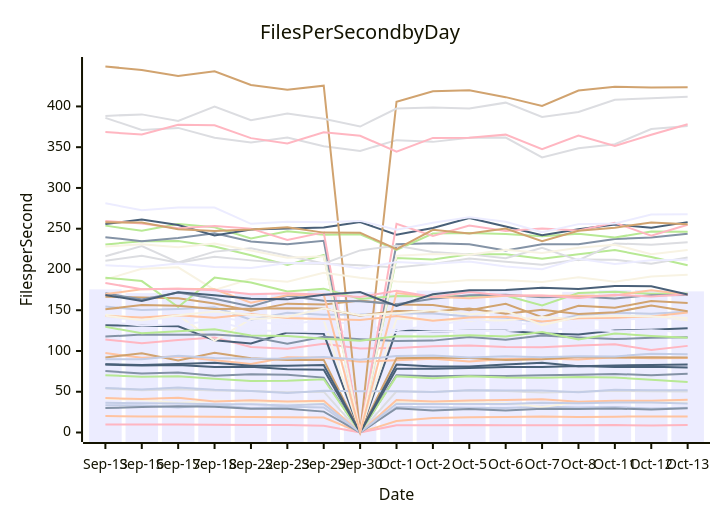
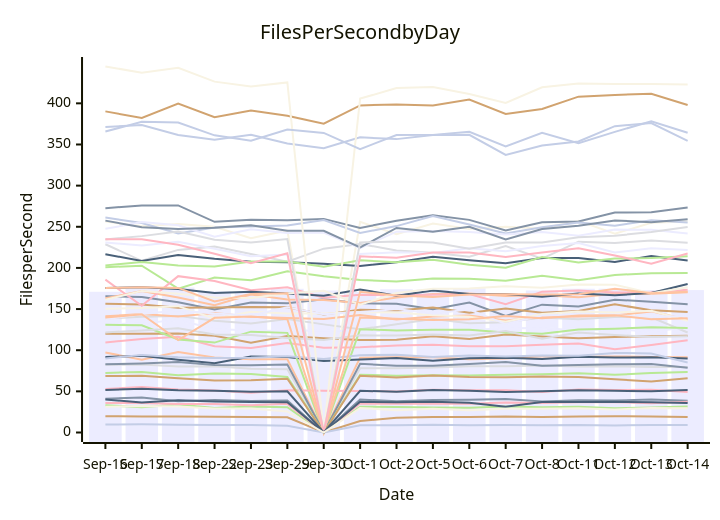
Before and after one commit to streetsidesoftware/cspell: the diagram in perf-report.md, drawn with Mermaid. The commit also changed other lines of this file and 1 other file, not shown here.

````diff
--- a/perf-report.md
+++ b/perf-report.md
@@ -10,56 +10,56 @@
 ```mermaid
 xychart-beta
     title Files Per Second by Day
     y-axis Files per Second
-    x-axis Date [Sep-13, Sep-16, Sep-17, Sep-18, Sep-22, Sep-23, Sep-29, Sep-30, Oct-1, Oct-2, Oct-5, Oct-6, Oct-7, Oct-8, Oct-11, Oct-12, Oct-13]
-    bar [175.56, 170.99, 174.42, 176.15, 171.49, 170.60, 174.68, 172.58, 170.62, 174.06, 173.76, 175.18, 167.77, 172.56, 174.72, 174.80, 173.09]
-    line [75.30, 72.34, 73.59, 69.54, 71.59, 70.97, 67.35, 0.00, 70.29, 68.90, 69.72, 69.41, 70.25, 70.73, 71.85, 70.24, 72.17]
-    line [20.10, 19.75, 19.58, 19.44, 18.99, 18.71, 18.44, 0.00, 13.99, 17.93, 18.69, 18.90, 19.50, 18.93, 19.44, 19.72, 19.51]
-    line [54.12, 51.77, 53.09, 51.40, 50.85, 49.44, 50.07, 0.00, 50.63, 49.63, 51.74, 50.84, 49.20, 50.07, 51.24, 50.63, 50.15]
-    line [230.62, 234.72, 234.92, 228.04, 217.32, 205.66, 217.69, 0.00, 214.10, 212.26, 218.65, 218.73, 213.23, 218.63, 223.89, 215.19, 205.22]
-    line [166.56, 165.69, 164.68, 158.25, 149.51, 158.09, 156.96, 161.98, 156.93, 156.41, 149.87, 157.99, 141.60, 155.38, 153.06, 161.38, 158.74]
-    line [154.46, 150.27, 151.44, 153.53, 138.23, 146.78, 144.54, 144.66, 146.29, 145.95, 142.41, 140.78, 134.58, 143.93, 146.90, 145.68, 147.98]
-    line [114.04, 109.51, 113.51, 116.46, 104.81, 102.79, 108.89, 103.13, 103.52, 105.79, 106.73, 104.92, 104.71, 106.75, 108.13, 101.27, 106.27]
-    line [131.63, 130.97, 130.22, 113.06, 109.25, 122.56, 121.09, 0.00, 125.59, 123.97, 124.90, 124.88, 121.42, 120.13, 125.23, 126.18, 127.75]
-    line [144.41, 139.70, 143.74, 112.39, 139.33, 141.10, 137.72, 0.00, 139.61, 138.23, 136.68, 137.77, 141.66, 138.90, 142.32, 142.51, 137.71]
-    line [140.59, 138.57, 140.62, 141.72, 135.93, 132.42, 137.90, 131.39, 125.40, 131.62, 137.96, 132.77, 133.94, 139.73, 137.65, 140.36, 140.00]
-    line [239.64, 234.60, 238.64, 244.36, 234.31, 230.98, 235.16, 0.00, 230.90, 232.18, 230.80, 223.37, 230.96, 230.80, 237.38, 239.08, 243.71]
-    line [97.52, 91.70, 93.14, 88.50, 84.12, 92.41, 91.76, 86.84, 88.64, 90.41, 87.11, 90.10, 90.92, 89.47, 92.20, 91.07, 91.35]
-    line [385.92, 371.23, 373.66, 361.57, 355.78, 361.81, 351.17, 345.43, 358.65, 356.52, 361.50, 361.77, 337.36, 348.77, 353.66, 372.23, 376.04]
-    line [253.77, 247.48, 255.65, 251.83, 237.98, 246.89, 242.54, 243.09, 224.03, 244.08, 244.73, 243.65, 240.74, 243.74, 239.12, 246.59, 246.26]
-    line [91.96, 97.25, 88.47, 97.89, 91.06, 89.08, 89.06, 0.00, 90.96, 91.55, 91.45, 89.01, 89.93, 92.54, 91.94, 92.43, 91.86]
-    line [33.48, 33.18, 30.65, 34.02, 29.87, 31.63, 30.68, 0.00, 31.32, 30.89, 30.33, 30.00, 31.45, 30.76, 31.21, 29.46, 30.45]
-    line [9.67, 9.68, 9.92, 9.37, 9.23, 9.26, 8.29, 0.00, 8.90, 8.75, 9.30, 8.76, 9.01, 8.84, 9.20, 8.48, 9.17]
-    line [255.75, 261.30, 254.48, 241.79, 249.14, 250.28, 251.57, 258.18, 242.58, 250.83, 263.10, 252.70, 241.96, 249.38, 255.08, 251.27, 258.06]
-    line [41.26, 40.08, 36.34, 39.18, 37.74, 37.18, 36.89, 0.00, 37.27, 36.89, 37.25, 36.15, 31.44, 37.05, 36.96, 37.36, 36.75]
-    line [136.08, 131.30, 132.64, 136.81, 125.88, 123.97, 123.26, 124.35, 122.36, 124.05, 124.82, 124.36, 126.90, 126.65, 124.16, 125.33, 122.83]
-    line [117.69, 120.09, 120.05, 120.31, 117.43, 109.01, 117.33, 114.51, 112.29, 112.71, 117.07, 113.67, 118.94, 116.57, 114.56, 116.10, 116.86]
-    line [42.24, 41.01, 42.53, 38.05, 39.43, 38.14, 38.94, 0.00, 39.96, 38.12, 39.36, 39.89, 40.71, 37.67, 39.08, 38.81, 40.21]
-    line [210.80, 216.66, 208.33, 215.69, 211.15, 207.60, 206.93, 205.06, 202.44, 206.85, 213.52, 209.33, 205.65, 212.19, 211.98, 207.11, 214.60]
-    line [70.27, 68.51, 69.01, 65.91, 63.15, 63.41, 65.35, 0.00, 69.02, 66.69, 69.13, 67.47, 67.16, 68.00, 67.55, 64.68, 61.84]
-    line [448.98, 444.77, 437.29, 443.15, 426.39, 420.42, 425.42, 0.00, 405.76, 418.50, 419.89, 411.38, 400.59, 419.52, 424.04, 423.37, 423.41]
-    line [54.54, 52.86, 55.21, 52.35, 50.94, 48.45, 51.30, 50.59, 50.58, 49.72, 51.81, 51.47, 51.46, 49.27, 52.29, 51.68, 51.92]
-    line [259.52, 256.30, 250.62, 253.31, 250.10, 236.21, 245.48, 0.00, 255.93, 241.02, 253.94, 247.24, 250.16, 247.84, 257.30, 241.45, 254.85]
-    line [83.34, 82.19, 82.78, 80.29, 80.65, 77.47, 76.93, 0.00, 78.07, 78.18, 79.10, 80.49, 80.39, 81.56, 80.21, 80.63, 79.72]
-    line [187.59, 200.94, 202.64, 174.86, 188.42, 184.98, 195.97, 189.74, 185.35, 183.52, 187.14, 186.91, 184.49, 190.34, 184.90, 191.40, 193.56]
-    line [281.31, 272.54, 275.91, 275.97, 256.03, 258.54, 258.01, 259.58, 248.67, 257.34, 264.03, 258.40, 245.57, 255.62, 256.53, 267.31, 267.66]
-    line [29.93, 31.17, 32.23, 31.60, 29.23, 29.18, 25.62, 0.00, 29.72, 27.11, 28.75, 26.92, 29.01, 28.90, 29.46, 28.10, 29.78]
-    line [142.95, 141.14, 143.95, 140.92, 145.29, 140.59, 139.11, 138.01, 142.88, 137.23, 141.05, 142.08, 136.09, 140.30, 140.84, 142.21, 147.18]
-    line [216.25, 228.77, 208.66, 221.89, 226.09, 216.90, 207.46, 223.39, 229.16, 221.30, 218.51, 213.71, 226.50, 211.28, 231.85, 230.37, 233.32]
-    line [189.95, 185.74, 153.97, 189.99, 184.11, 172.95, 176.46, 163.78, 167.39, 166.94, 167.31, 168.16, 155.92, 171.13, 172.58, 170.12, 170.46]
-    line [151.06, 156.36, 155.63, 151.63, 151.94, 152.50, 152.06, 143.32, 149.19, 148.32, 152.02, 145.55, 150.72, 145.51, 147.65, 155.73, 148.69]
-    line [36.42, 35.98, 35.70, 34.54, 34.55, 33.11, 34.81, 0.00, 35.17, 34.81, 34.91, 35.03, 36.57, 35.78, 36.79, 36.72, 35.66]
-    line [368.52, 365.71, 377.56, 376.77, 361.09, 354.59, 368.19, 364.07, 344.36, 361.41, 361.68, 365.40, 347.49, 364.22, 351.61, 365.32, 378.13]
-    line [83.78, 82.79, 83.96, 85.57, 82.01, 81.81, 82.67, 0.00, 83.49, 80.99, 81.07, 83.35, 85.60, 81.23, 82.10, 82.91, 83.29]
-    line [228.09, 230.87, 227.16, 231.88, 223.22, 214.31, 216.24, 0.00, 216.91, 219.11, 218.12, 224.03, 220.33, 226.62, 230.28, 218.75, 223.84]
-    line [205.22, 203.09, 207.23, 202.88, 201.82, 207.79, 207.90, 201.29, 209.19, 206.95, 209.81, 203.73, 200.20, 213.26, 206.70, 211.33, 212.01]
-    line [170.88, 163.08, 171.82, 163.97, 154.58, 167.67, 161.60, 161.14, 157.44, 164.03, 168.37, 169.06, 165.80, 166.84, 164.39, 168.52, 168.53]
-    line [169.76, 175.73, 176.36, 175.75, 159.14, 168.41, 169.31, 0.00, 170.99, 166.63, 164.65, 167.66, 167.88, 167.80, 168.10, 174.64, 169.36]
-    line [388.38, 390.24, 382.26, 399.81, 383.04, 391.20, 384.82, 375.34, 397.41, 398.74, 397.51, 404.63, 387.08, 393.22, 408.11, 410.12, 411.75]
-    line [129.64, 121.66, 124.08, 126.72, 119.08, 118.45, 114.87, 112.49, 118.05, 117.81, 119.24, 117.86, 123.32, 114.00, 121.45, 118.50, 116.19]
-    line [257.78, 257.49, 249.43, 247.25, 248.88, 251.75, 245.20, 245.06, 224.85, 248.59, 243.98, 250.11, 234.68, 247.40, 251.29, 257.74, 255.41]
-    line [89.85, 89.86, 94.27, 91.54, 90.45, 90.71, 92.55, 89.39, 93.96, 94.53, 91.86, 93.63, 92.24, 93.65, 93.28, 96.70, 96.06]
-    line [183.51, 175.60, 176.44, 174.39, 169.65, 170.91, 168.95, 166.28, 173.86, 166.13, 172.49, 168.21, 168.21, 165.09, 168.91, 166.70, 169.55]
-    line [168.68, 161.23, 172.09, 168.48, 164.20, 163.31, 169.03, 172.29, 155.24, 169.60, 174.57, 174.90, 177.64, 175.96, 179.86, 179.47, 169.37]
-    line [143.19, 137.67, 143.95, 148.30, 144.49, 142.14, 152.04, 143.84, 146.29, 149.93, 144.74, 149.38, 131.76, 142.06, 143.05, 142.42, 140.40]
+    x-axis Date [Sep-16, Sep-17, Sep-18, Sep-22, Sep-23, Sep-29, Sep-30, Oct-1, Oct-2, Oct-5, Oct-6, Oct-7, Oct-8, Oct-11, Oct-12, Oct-13, Oct-14]
+    bar [170.99, 174.42, 176.15, 171.49, 170.60, 174.68, 172.58, 170.62, 174.06, 173.76, 175.18, 167.77, 172.56, 174.72, 174.80, 173.09, 173.07]
+    line [165.69, 164.68, 158.25, 149.51, 158.09, 156.96, 161.98, 156.93, 156.41, 149.87, 157.99, 141.60, 155.38, 153.06, 161.38, 158.74, 155.97]
+    line [97.25, 88.47, 97.89, 91.06, 89.08, 89.06, 0.00, 90.96, 91.55, 91.45, 89.01, 89.93, 92.54, 91.94, 92.43, 91.86, 91.43]
+    line [138.57, 140.62, 141.72, 135.93, 132.42, 137.90, 131.39, 125.40, 131.62, 137.96, 132.77, 133.94, 139.73, 137.65, 140.36, 140.00, 121.49]
+    line [200.94, 202.64, 174.86, 188.42, 184.98, 195.97, 189.74, 185.35, 183.52, 187.14, 186.91, 184.49, 190.34, 184.90, 191.40, 193.56, 193.91]
+    line [120.09, 120.05, 120.31, 117.43, 109.01, 117.33, 114.51, 112.29, 112.71, 117.07, 113.67, 118.94, 116.57, 114.56, 116.10, 116.86, 117.70]
+    line [371.23, 373.66, 361.57, 355.78, 361.81, 351.17, 345.43, 358.65, 356.52, 361.50, 361.77, 337.36, 348.77, 353.66, 372.23, 376.04, 354.51]
+    line [109.51, 113.51, 116.46, 104.81, 102.79, 108.89, 103.13, 103.52, 105.79, 106.73, 104.92, 104.71, 106.75, 108.13, 101.27, 106.27, 112.19]
+    line [91.70, 93.14, 88.50, 84.12, 92.41, 91.76, 86.84, 88.64, 90.41, 87.11, 90.10, 90.92, 89.47, 92.20, 91.07, 91.35, 89.78]
+    line [256.30, 250.62, 253.31, 250.10, 236.21, 245.48, 0.00, 255.93, 241.02, 253.94, 247.24, 250.16, 247.84, 257.30, 241.45, 254.85, 256.56]
+    line [131.30, 132.64, 136.81, 125.88, 123.97, 123.26, 124.35, 122.36, 124.05, 124.82, 124.36, 126.90, 126.65, 124.16, 125.33, 122.83, 127.53]
+    line [272.54, 275.91, 275.97, 256.03, 258.54, 258.01, 259.58, 248.67, 257.34, 264.03, 258.40, 245.57, 255.62, 256.53, 267.31, 267.66, 273.39]
+    line [141.14, 143.95, 140.92, 145.29, 140.59, 139.11, 138.01, 142.88, 137.23, 141.05, 142.08, 136.09, 140.30, 140.84, 142.21, 147.18, 137.06]
+    line [228.77, 208.66, 221.89, 226.09, 216.90, 207.46, 223.39, 229.16, 221.30, 218.51, 213.71, 226.50, 211.28, 231.85, 230.37, 233.32, 230.64]
+    line [130.97, 130.22, 113.06, 109.25, 122.56, 121.09, 0.00, 125.59, 123.97, 124.90, 124.88, 121.42, 120.13, 125.23, 126.18, 127.75, 126.92]
+    line [156.36, 155.63, 151.63, 151.94, 152.50, 152.06, 143.32, 149.19, 148.32, 152.02, 145.55, 150.72, 145.51, 147.65, 155.73, 148.69, 146.37]
+    line [261.30, 254.48, 241.79, 249.14, 250.28, 251.57, 258.18, 242.58, 250.83, 263.10, 252.70, 241.96, 249.38, 255.08, 251.27, 258.06, 255.05]
+    line [52.86, 55.21, 52.35, 50.94, 48.45, 51.30, 50.59, 50.58, 49.72, 51.81, 51.47, 51.46, 49.27, 52.29, 51.68, 51.92, 49.16]
+    line [216.66, 208.33, 215.69, 211.15, 207.60, 206.93, 205.06, 202.44, 206.85, 213.52, 209.33, 205.65, 212.19, 211.98, 207.11, 214.60, 209.10]
+    line [150.27, 151.44, 153.53, 138.23, 146.78, 144.54, 144.66, 146.29, 145.95, 142.41, 140.78, 134.58, 143.93, 146.90, 145.68, 147.98, 135.81]
+    line [247.48, 255.65, 251.83, 237.98, 246.89, 242.54, 243.09, 224.03, 244.08, 244.73, 243.65, 240.74, 243.74, 239.12, 246.59, 246.26, 241.93]
+    line [257.49, 249.43, 247.25, 248.88, 251.75, 245.20, 245.06, 224.85, 248.59, 243.98, 250.11, 234.68, 247.40, 251.29, 257.74, 255.41, 259.28]
+    line [163.08, 171.82, 163.97, 154.58, 167.67, 161.60, 161.14, 157.44, 164.03, 168.37, 169.06, 165.80, 166.84, 164.39, 168.52, 168.53, 170.44]
+    line [121.66, 124.08, 126.72, 119.08, 118.45, 114.87, 112.49, 118.05, 117.81, 119.24, 117.86, 123.32, 114.00, 121.45, 118.50, 116.19, 116.94]
+    line [203.09, 207.23, 202.88, 201.82, 207.79, 207.90, 201.29, 209.19, 206.95, 209.81, 203.73, 200.20, 213.26, 206.70, 211.33, 212.01, 214.13]
+    line [390.24, 382.26, 399.81, 383.04, 391.20, 384.82, 375.34, 397.41, 398.74, 397.51, 404.63, 387.08, 393.22, 408.11, 410.12, 411.75, 397.97]
+    line [89.86, 94.27, 91.54, 90.45, 90.71, 92.55, 89.39, 93.96, 94.53, 91.86, 93.63, 92.24, 93.65, 93.28, 96.70, 96.06, 84.96]
+    line [185.74, 153.97, 189.99, 184.11, 172.95, 176.46, 163.78, 167.39, 166.94, 167.31, 168.16, 155.92, 171.13, 172.58, 170.12, 170.46, 173.33]
+    line [175.60, 176.44, 174.39, 169.65, 170.91, 168.95, 166.28, 173.86, 166.13, 172.49, 168.21, 168.21, 165.09, 168.91, 166.70, 169.55, 180.50]
+    line [161.23, 172.09, 168.48, 164.20, 163.31, 169.03, 172.29, 155.24, 169.60, 174.57, 174.90, 177.64, 175.96, 179.86, 179.47, 169.37, 176.48]
+    line [137.67, 143.95, 148.30, 144.49, 142.14, 152.04, 143.84, 146.29, 149.93, 144.74, 149.38, 131.76, 142.06, 143.05, 142.42, 140.40, 141.50]
+    line [41.01, 42.53, 38.05, 39.43, 38.14, 38.94, 0.00, 39.96, 38.12, 39.36, 39.89, 40.71, 37.67, 39.08, 38.81, 40.21, 38.53]
+    line [139.70, 143.74, 112.39, 139.33, 141.10, 137.72, 0.00, 139.61, 138.23, 136.68, 137.77, 141.66, 138.90, 142.32, 142.51, 137.71, 138.73]
+    line [82.19, 82.78, 80.29, 80.65, 77.47, 76.93, 0.00, 78.07, 78.18, 79.10, 80.49, 80.39, 81.56, 80.21, 80.63, 79.72, 79.60]
+    line [33.18, 30.65, 34.02, 29.87, 31.63, 30.68, 0.00, 31.32, 30.89, 30.33, 30.00, 31.45, 30.76, 31.21, 29.46, 30.45, 31.71]
+    line [19.75, 19.58, 19.44, 18.99, 18.71, 18.44, 0.00, 13.99, 17.93, 18.69, 18.90, 19.50, 18.93, 19.44, 19.72, 19.51, 18.96]
+    line [9.68, 9.92, 9.37, 9.23, 9.26, 8.29, 0.00, 8.90, 8.75, 9.30, 8.76, 9.01, 8.84, 9.20, 8.48, 9.17, 9.20]
+    line [35.98, 35.70, 34.54, 34.55, 33.11, 34.81, 0.00, 35.17, 34.81, 34.91, 35.03, 36.57, 35.78, 36.79, 36.72, 35.66, 37.22]
+    line [40.08, 36.34, 39.18, 37.74, 37.18, 36.89, 0.00, 37.27, 36.89, 37.25, 36.15, 31.44, 37.05, 36.96, 37.36, 36.75, 35.81]
+    line [444.77, 437.29, 443.15, 426.39, 420.42, 425.42, 0.00, 405.76, 418.50, 419.89, 411.38, 400.59, 419.52, 424.04, 423.37, 423.41, 422.78]
+    line [230.87, 227.16, 231.88, 223.22, 214.31, 216.24, 0.00, 216.91, 219.11, 218.12, 224.03, 220.33, 226.62, 230.28, 218.75, 223.84, 221.67]
+    line [82.79, 83.96, 85.57, 82.01, 81.81, 82.67, 0.00, 83.49, 80.99, 81.07, 83.35, 85.60, 81.23, 82.10, 82.91, 83.29, 78.77]
+    line [175.73, 176.36, 175.75, 159.14, 168.41, 169.31, 0.00, 170.99, 166.63, 164.65, 167.66, 167.88, 167.80, 168.10, 174.64, 169.36, 171.06]
+    line [234.60, 238.64, 244.36, 234.31, 230.98, 235.16, 0.00, 230.90, 232.18, 230.80, 223.37, 230.96, 230.80, 237.38, 239.08, 243.71, 249.75]
+    line [72.34, 73.59, 69.54, 71.59, 70.97, 67.35, 0.00, 70.29, 68.90, 69.72, 69.41, 70.25, 70.73, 71.85, 70.24, 72.17, 73.44]
+    line [68.51, 69.01, 65.91, 63.15, 63.41, 65.35, 0.00, 69.02, 66.69, 69.13, 67.47, 67.16, 68.00, 67.55, 64.68, 61.84, 65.95]
+    line [365.71, 377.56, 376.77, 361.09, 354.59, 368.19, 364.07, 344.36, 361.41, 361.68, 365.40, 347.49, 364.22, 351.61, 365.32, 378.13, 364.26]
+    line [234.72, 234.92, 228.04, 217.32, 205.66, 217.69, 0.00, 214.10, 212.26, 218.65, 218.73, 213.23, 218.63, 223.89, 215.19, 205.22, 217.54]
+    line [51.77, 53.09, 51.40, 50.85, 49.44, 50.07, 0.00, 50.63, 49.63, 51.74, 50.84, 49.20, 50.07, 51.24, 50.63, 50.15, 51.76]
+    line [31.17, 32.23, 31.60, 29.23, 29.18, 25.62, 0.00, 29.72, 27.11, 28.75, 26.92, 29.01, 28.90, 29.46, 28.10, 29.78, 29.34]
 ```
````
